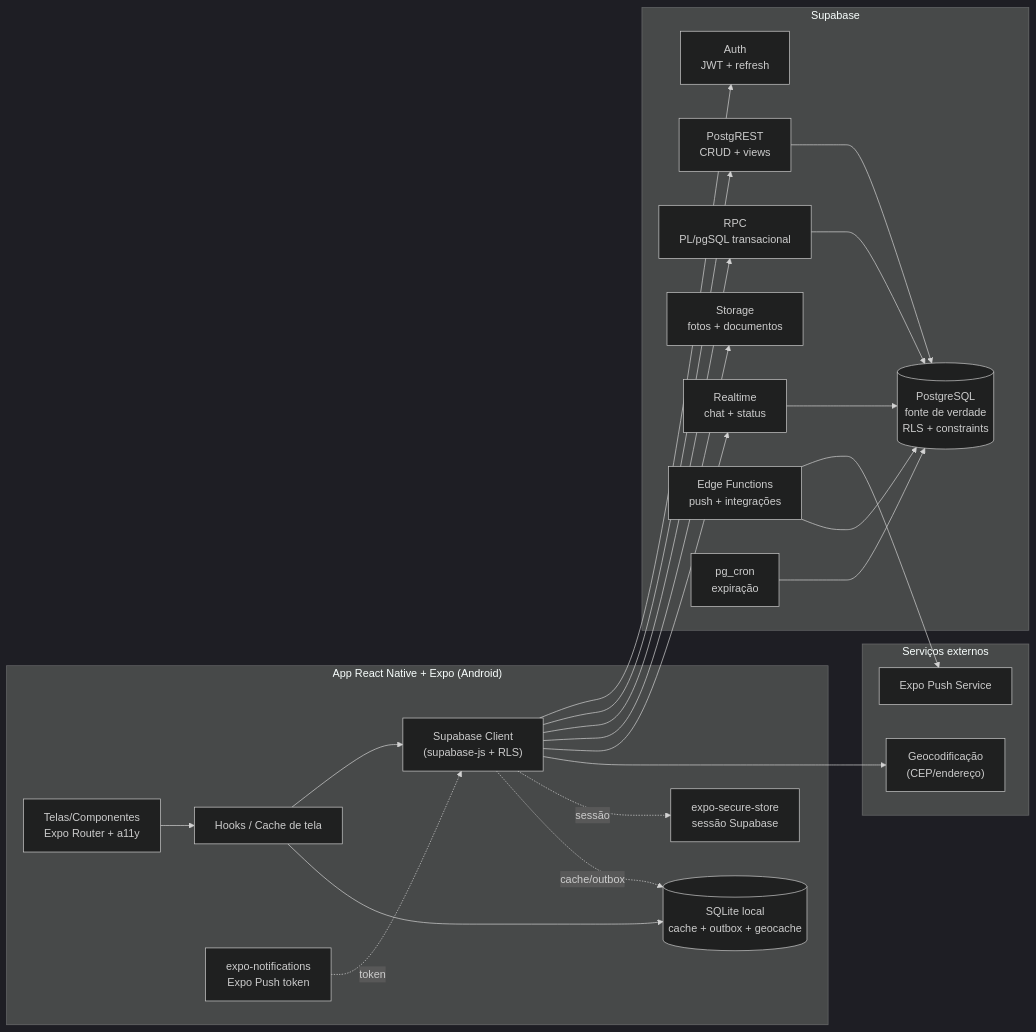
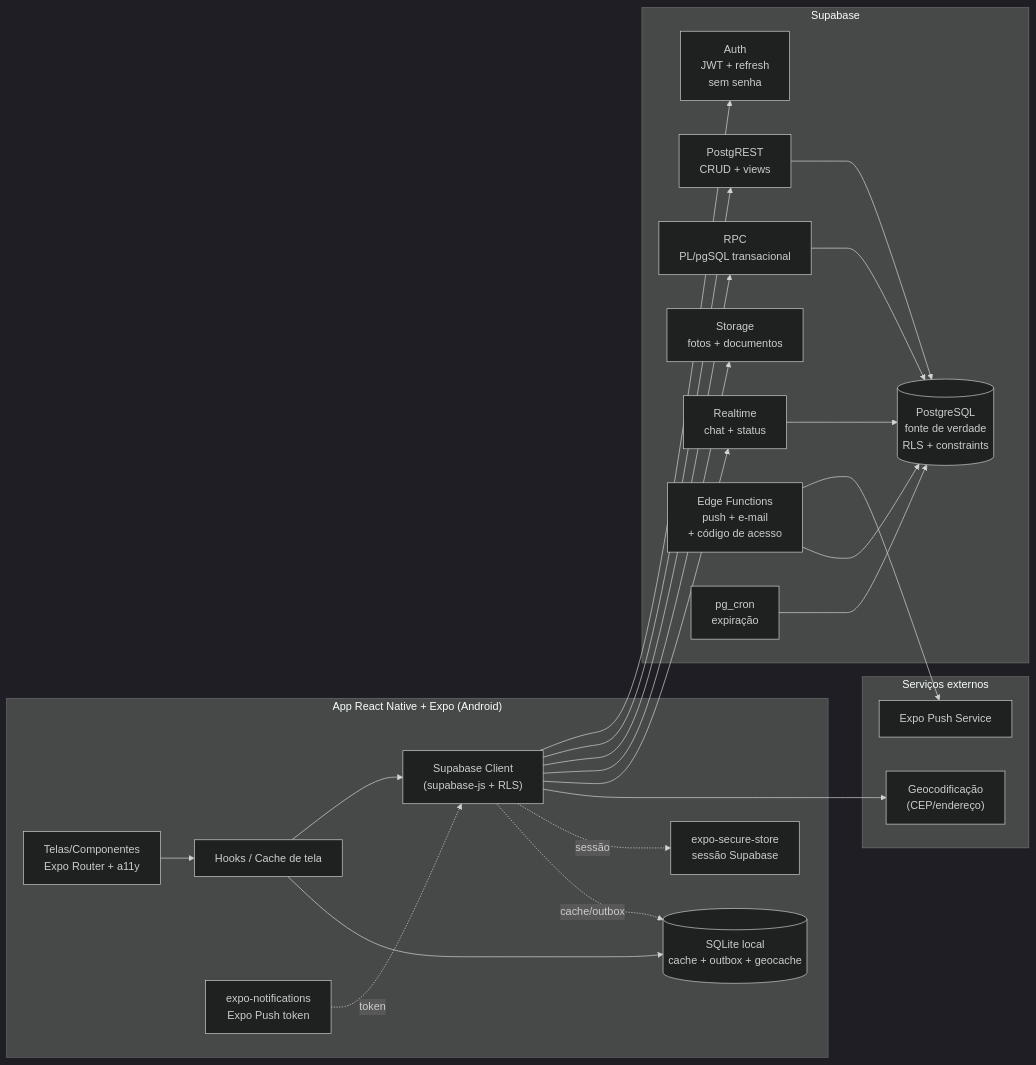
The diagram in docs/PLAN.md (ivan-teotonio/beleza-delivery), drawn with Mermaid (dark theme) before and after one commit. The commit also changed other lines of this file and 3 other files, not shown here.

First line of the commit message:
docs(sdd): adotar autenticacao sem senha por codigo de acesso

````diff
--- a/docs/PLAN.md
+++ b/docs/PLAN.md
@@ -34,40 +36,40 @@
 ```mermaid
 flowchart LR
     subgraph APP["App React Native + Expo (Android)"]
         UI["Telas/Componentes\nExpo Router + a11y"]
         HOOKS["Hooks / Cache de tela"]
         CLIENT["Supabase Client\n(supabase-js + RLS)"]
         LDB[("SQLite local\ncache + outbox + geocache")]
         SEC["expo-secure-store\nsessão Supabase"]
         PUSH["expo-notifications\nExpo Push token"]
     end
     subgraph SUP["Supabase"]
         REST["PostgREST\nCRUD + views"]
         RPC["RPC\nPL/pgSQL transacional"]
         RT["Realtime\nchat + status"]
         STOR["Storage\nfotos + documentos"]
-        AUTH["Auth\nJWT + refresh"]
-        FN["Edge Functions\npush + integrações"]
+        AUTH["Auth\nJWT + refresh\nsem senha"]
+        FN["Edge Functions\npush + e-mail\n+ código de acesso"]
         PG[("PostgreSQL\nfonte de verdade\nRLS + constraints")]
         CRON["pg_cron\nexpiração"]
     end
     subgraph EXT["Serviços externos"]
         EXPO["Expo Push Service"]
         GEO["Geocodificação\n(CEP/endereço)"]
     end
     UI --> HOOKS --> CLIENT
     HOOKS --> LDB
     CLIENT --> AUTH
     CLIENT --> REST --> PG
     CLIENT --> RPC --> PG
     CLIENT --> STOR
     CLIENT --> RT
     RT --> PG
     FN --> EXPO
     FN --> PG
     CRON --> PG
     CLIENT --> GEO
     CLIENT -. sessão .-> SEC
     CLIENT -. "cache/outbox" .-> LDB
     PUSH -. token .-> CLIENT
 ```
````
